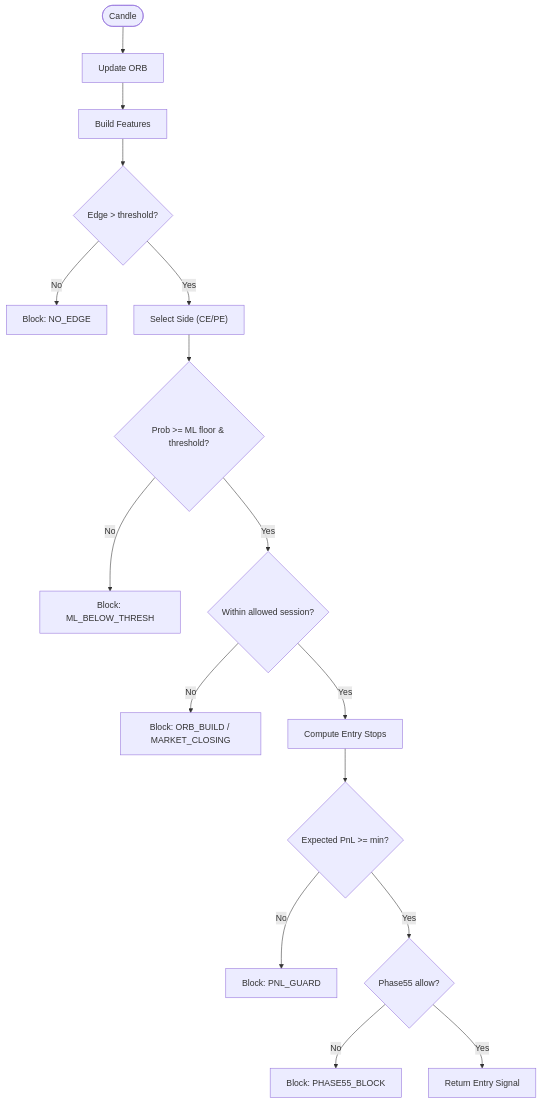
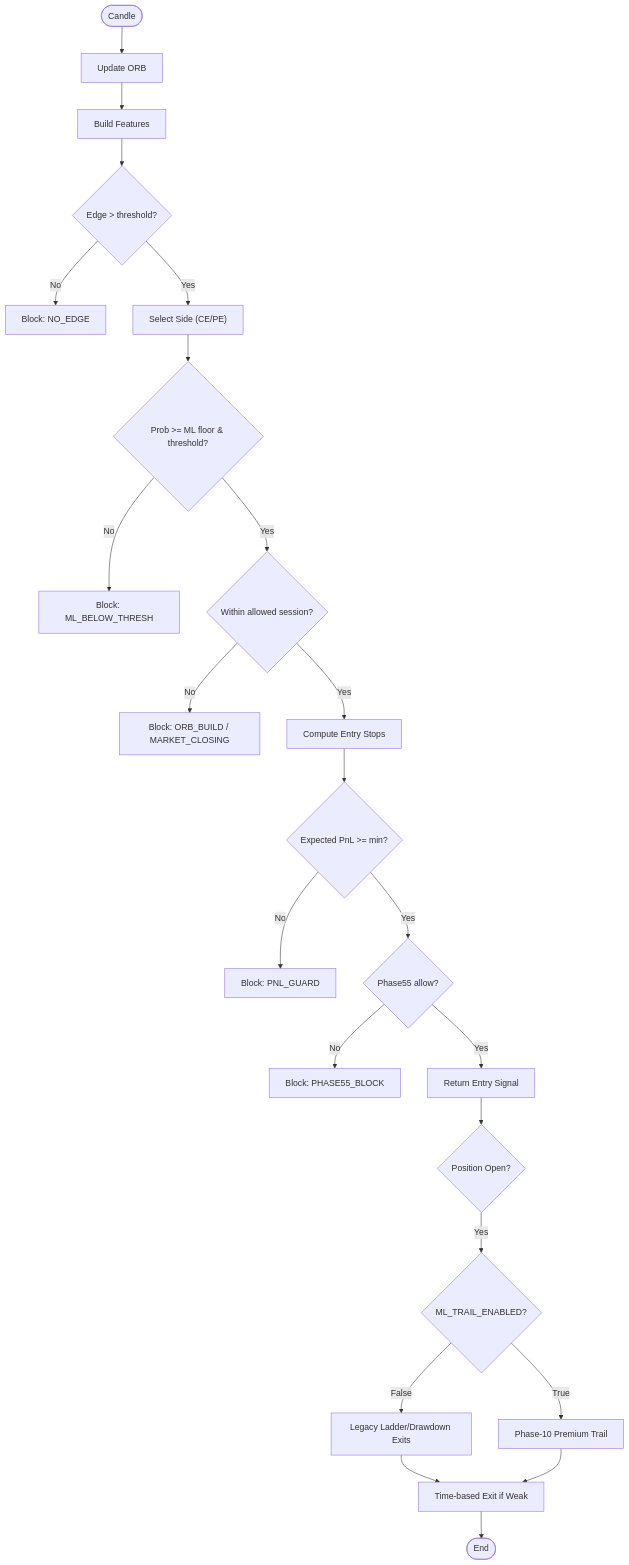
One commit to tauqeersiddiqui-art/tradingsystem changed the third of 9 diagrams in .qoder/repowiki/en/content/Backtesting and Research/Research Parity Testing.md. Above: the diagram before and after it, drawn with Mermaid. The commit also changed other lines of this file and 60 other files, not shown here.

````diff
--- a/.qoder/repowiki/en/content/Backtesting and Research/Research Parity Testing.md
+++ b/.qoder/repowiki/en/content/Backtesting and Research/Research Parity Testing.md
@@ -192,18 +205,25 @@
 ```mermaid
 flowchart TD
 Start(["Candle"]) --> UpdateORB["Update ORB"]
 UpdateORB --> BuildFeatures["Build Features"]
 BuildFeatures --> EdgeCheck{"Edge > threshold?"}
 EdgeCheck --> |No| BlockEdge["Block: NO_EDGE"]
 EdgeCheck --> |Yes| Direction["Select Side (CE/PE)"]
 Direction --> Threshold{"Prob >= ML floor & threshold?"}
 Threshold --> |No| BlockThresh["Block: ML_BELOW_THRESH"]
 Threshold --> |Yes| SessionGate{"Within allowed session?"}
 SessionGate --> |No| BlockSession["Block: ORB_BUILD / MARKET_CLOSING"]
 SessionGate --> |Yes| Stops["Compute Entry Stops"]
 Stops --> PnLGUARD{"Expected PnL >= min?"}
 PnLGUARD --> |No| BlockPnL["Block: PNL_GUARD"]
 PnLGUARD --> |Yes| Phase55{"Phase55 allow?"}
 Phase55 --> |No| BlockP55["Block: PHASE55_BLOCK"]
 Phase55 --> |Yes| Signal["Return Entry Signal"]
+Signal --> ExitCheck{"Position Open?"}
+ExitCheck --> |Yes| ExitRegime{"ML_TRAIL_ENABLED?"}
+ExitRegime --> |False| LegacyExit["Legacy Ladder/Drawdown Exits"]
+ExitRegime --> |True| Phase10Exit["Phase-10 Premium Trail"]
+LegacyExit --> TimeExit["Time-based Exit if Weak"]
+Phase10Exit --> TimeExit
+TimeExit --> End(["End"])
 ```
````
